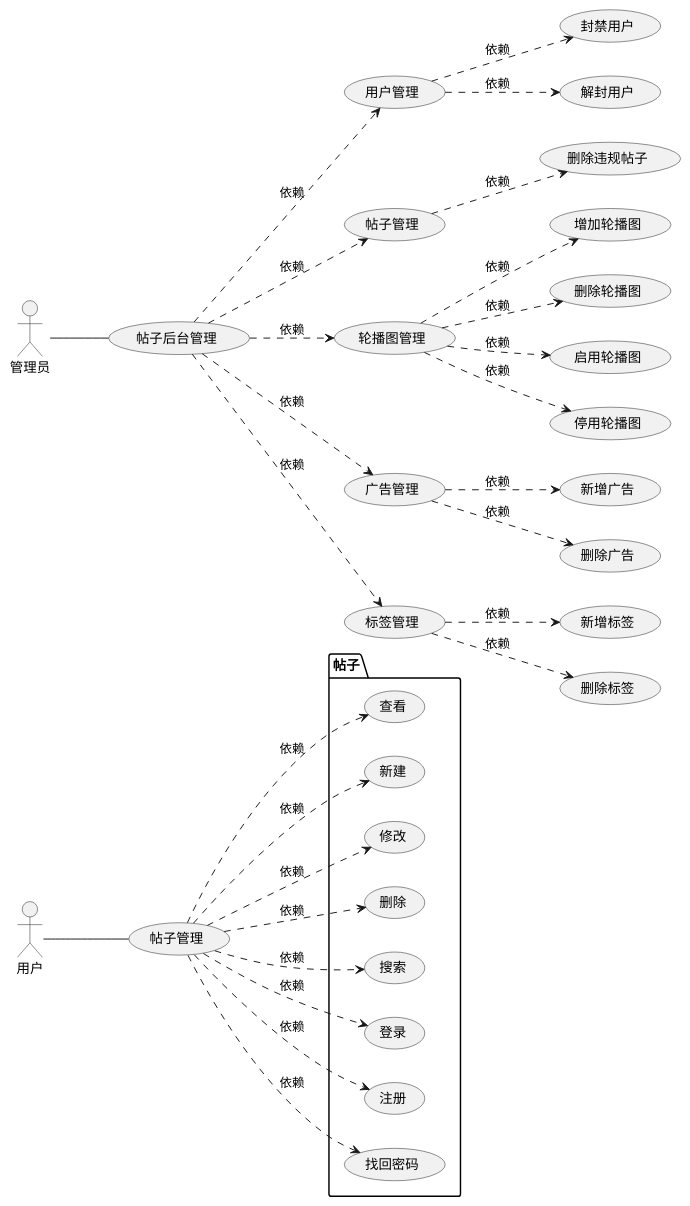
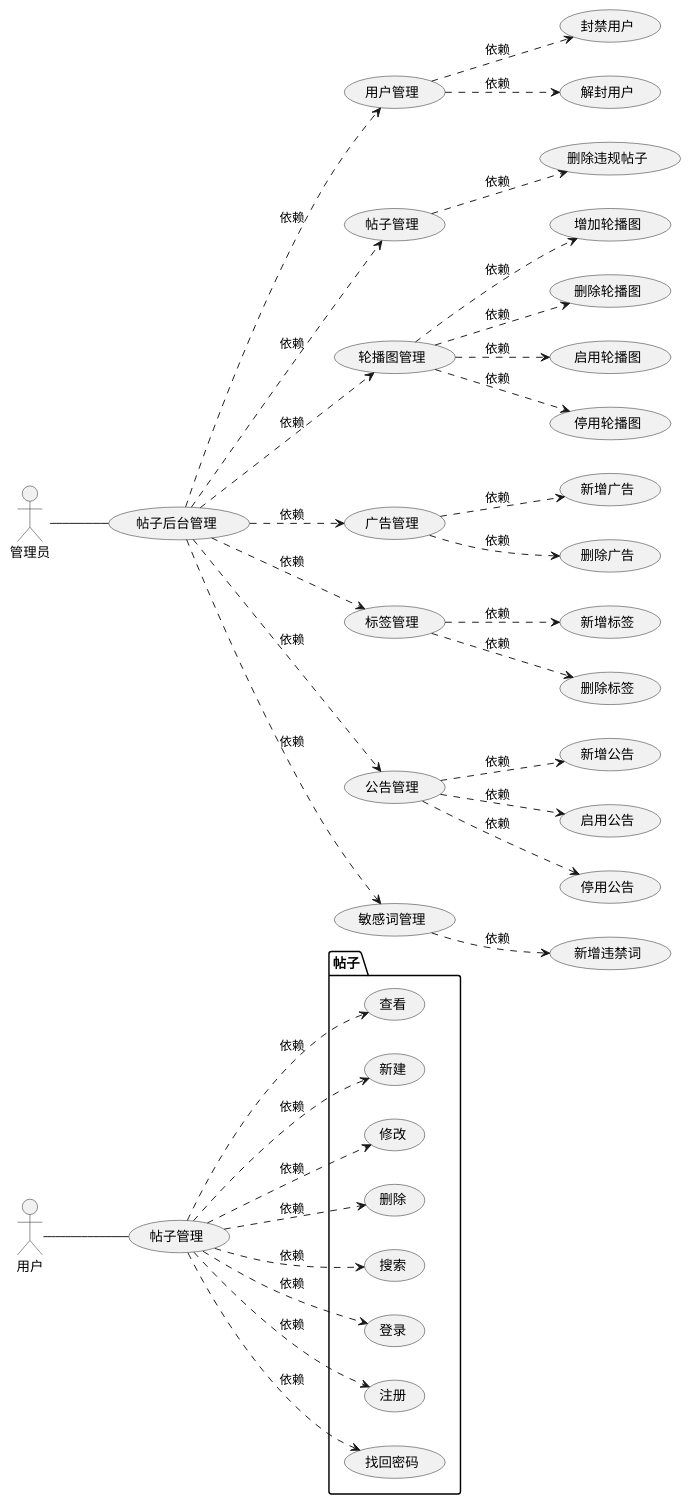
The diagram in UML/post.puml (BUTUbird/BTForum), drawn with PlantUML before and after one commit. The commit also changed 15 other files, not shown here.

```diff
--- a/UML/post.puml
+++ b/UML/post.puml
@@ -1,82 +1,101 @@
 @startuml
 left to right direction
 actor 用户 as u
 actor 管理员 as g
 
 usecase "帖子管理" as p
 
 package 帖子{
     usecase "查看" as p1
     usecase "新建" as p2
     usecase "修改" as p3
     usecase "删除" as p4
     usecase "搜索" as p5
     usecase "登录" as p6
     usecase 注册 as p7
     usecase 找回密码 as p8
 }
 
 
 
 usecase "帖子后台管理" as pd
 
  usecase 用户管理 as pd1
  usecase 帖子管理 as pd2
  usecase 轮播图管理 as pd3
  usecase 广告管理 as pd4
  usecase 标签管理 as pd5
+ usecase 公告管理 as pd6
+ usecase 敏感词管理 as pd7
 
 
 usecase 封禁用户 as pd1_1
 usecase 解封用户 as pd1_2
 
 usecase 删除违规帖子 as pd2_1
 
 usecase 增加轮播图 as pd3_1
 usecase 删除轮播图 as pd3_2
 usecase 启用轮播图 as pd3_3
 usecase 停用轮播图 as pd3_4
 
 usecase 新增广告 as pd4_1
 usecase 删除广告 as pd4_2
 
 
 usecase 新增标签 as pd5_1
 usecase 删除标签 as pd5_2
 
+usecase 新增公告 as pd6_1
+usecase 启用公告 as pd6_2
+usecase 停用公告 as pd6_3
+
+usecase 新增违禁词 as pd7_1
+
+
+
+
 
 u -- p
 p ..> p1:依赖
 p ..> p2:依赖
 p ..> p3:依赖
 p ..> p4:依赖
 p ..> p5:依赖
 p ..> p6:依赖
 p ..> p7:依赖
 p ..> p8:依赖
 
 g -- pd
 pd ..> pd1:依赖
 pd ..> pd2:依赖
 pd ..> pd3:依赖
 pd ..> pd4:依赖
 pd ..> pd5:依赖
+pd ..> pd6:依赖
+pd ..> pd7:依赖
+
 
 pd1 ..> pd1_1:依赖
 pd1 ..> pd1_2:依赖
 
 pd2 ..> pd2_1:依赖
 
 pd3 ..> pd3_1:依赖
 pd3 ..> pd3_2:依赖
 pd3 ..> pd3_3:依赖
 pd3 ..> pd3_4:依赖
 
 
 pd4 ..> pd4_1:依赖
 pd4 ..> pd4_2:依赖
 
 pd5 ..> pd5_1:依赖
 pd5 ..> pd5_2:依赖
 
+pd6 ..> pd6_1:依赖
+pd6 ..> pd6_2:依赖
+pd6 ..> pd6_3:依赖
+
+pd7 ..> pd7_1:依赖
 @enduml
```
